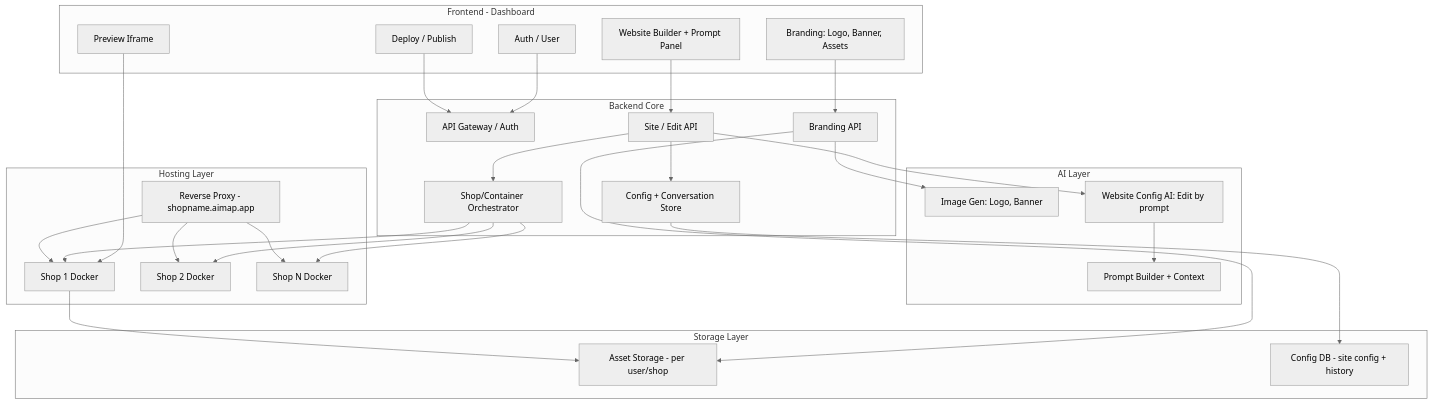
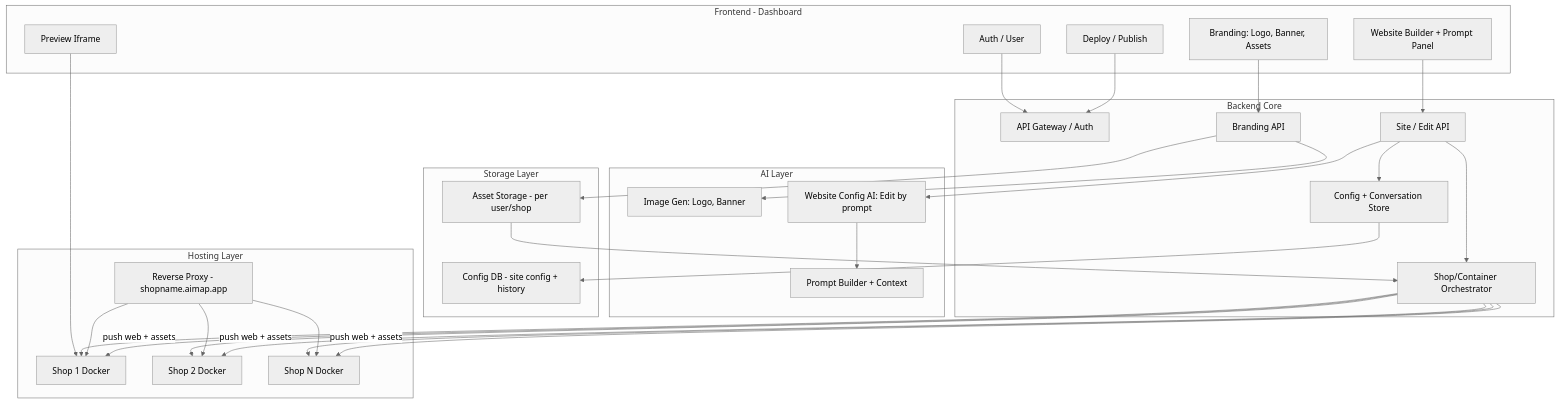
The first of 2 diagrams in READ_CONTEXT/AIMAP-Architecture-EN.md (medu1122/Captone2), drawn with Mermaid (neutral theme) before and after one commit. The commit also changed other lines of this file and 2 other files, not shown here.

````diff
--- a/READ_CONTEXT/AIMAP-Architecture-EN.md
+++ b/READ_CONTEXT/AIMAP-Architecture-EN.md
@@ -12,56 +12,59 @@
 ```mermaid
 flowchart TB
   subgraph client [Frontend - Dashboard]
     Auth[Auth / User]
     BrandingUI[Branding: Logo, Banner, Assets]
     WebBuilder[Website Builder + Prompt Panel]
     Preview[Preview Iframe]
     DeployUI[Deploy / Publish]
   end
 
   subgraph backend [Backend Core]
     Gateway[API Gateway / Auth]
     BrandingAPI[Branding API]
     SiteAPI[Site / Edit API]
     ConfigStore[Config + Conversation Store]
     Orchestrator[Shop/Container Orchestrator]
   end
 
   subgraph ai [AI Layer]
     ImageAI[Image Gen: Logo, Banner]
     WebAI[Website Config AI: Edit by prompt]
     PromptBuilder[Prompt Builder + Context]
   end
 
   subgraph storage [Storage Layer]
     AssetStore[Asset Storage - per user/shop]
     ConfigDB[Config DB - site config + history]
   end
 
   subgraph hosting [Hosting Layer]
     Proxy[Reverse Proxy - shopname.aimap.app]
     D1[Shop 1 Docker]
     D2[Shop 2 Docker]
     Dn[Shop N Docker]
   end
 
   Auth --> Gateway
   BrandingUI --> BrandingAPI
   WebBuilder --> SiteAPI
   Preview --> D1
   DeployUI --> Gateway
   BrandingAPI --> ImageAI
   BrandingAPI --> AssetStore
   SiteAPI --> WebAI
   SiteAPI --> ConfigStore
   WebAI --> PromptBuilder
   ConfigStore --> ConfigDB
   SiteAPI --> Orchestrator
   Orchestrator --> D1
   Orchestrator --> D2
   Orchestrator --> Dn
   Proxy --> D1
   Proxy --> D2
   Proxy --> Dn
-  D1 --> AssetStore
+  Orchestrator -->|push web + assets| D1
+  Orchestrator -->|push web + assets| D2
+  Orchestrator -->|push web + assets| Dn
+  AssetStore --> Orchestrator
 ```
````
